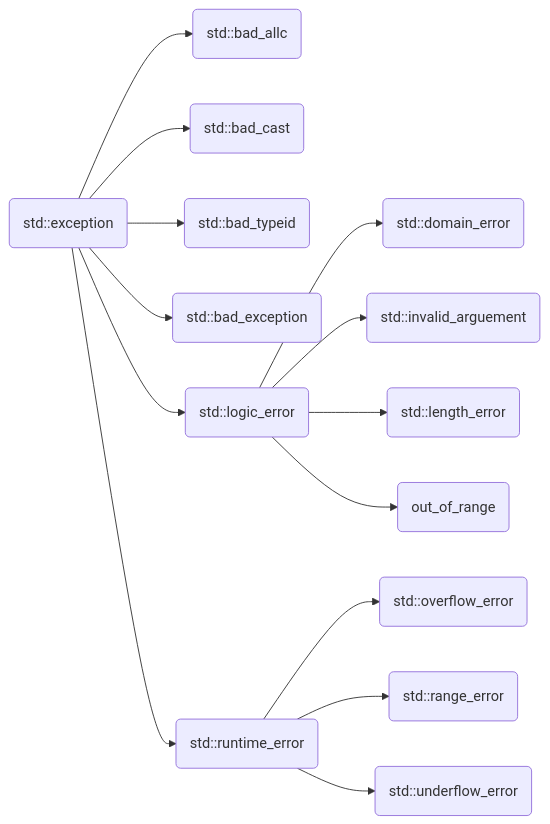
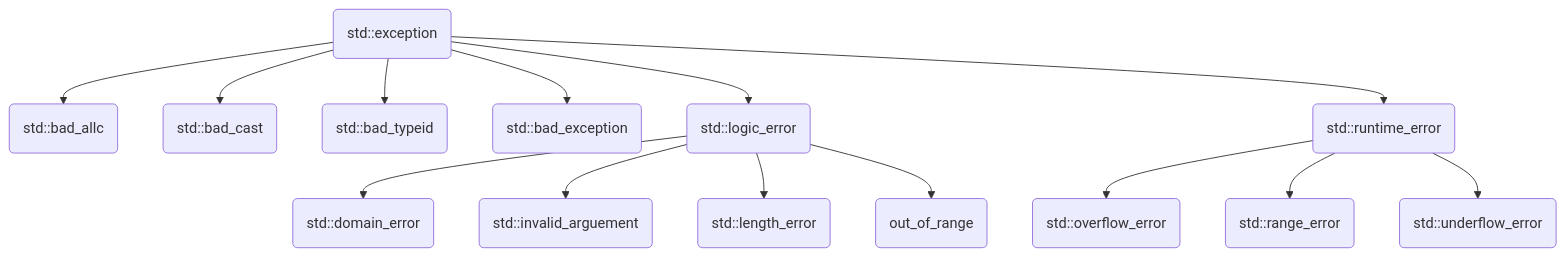
One commit to yihanzhishui/VSC changed the first of 2 diagrams in C++.md. Above: the diagram before and after it, drawn with Mermaid. The commit also changed other lines of this file, not shown here.

````diff
--- a/C++.md
+++ b/C++.md
@@ -3079,17 +3075,17 @@
 ```mermaid
-flowchart LR
+flowchart TB
 
 std::exception(std::exception)-->std::bad_allc(std::bad_allc)
 std::exception-->std::bad_cast(std::bad_cast)
 std::exception-->std::bad_typeid(std::bad_typeid)
 std::exception-->std::bad_exception(std::bad_exception)
 std::exception-->std::logic_error(std::logic_error)
 std::exception-->std::runtime_error(std::runtime_error)
 std::logic_error-->std::domain_error(std::domain_error)
 std::logic_error-->std::invalid_arguement(std::invalid_arguement)
 std::logic_error-->std::length_error(std::length_error)
 std::logic_error-->std::out_of_range(out_of_range)
 std::runtime_error-->std::overflow_error(std::overflow_error)
 std::runtime_error-->std::range_error(std::range_error)
 std::runtime_error-->std::underflow_error(std::underflow_error)
 ```
````
